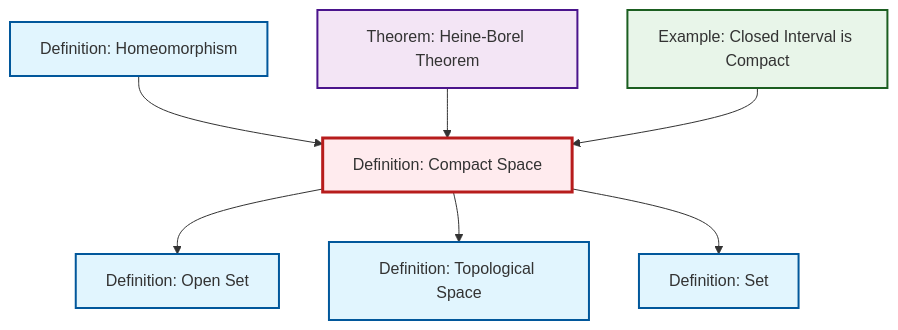
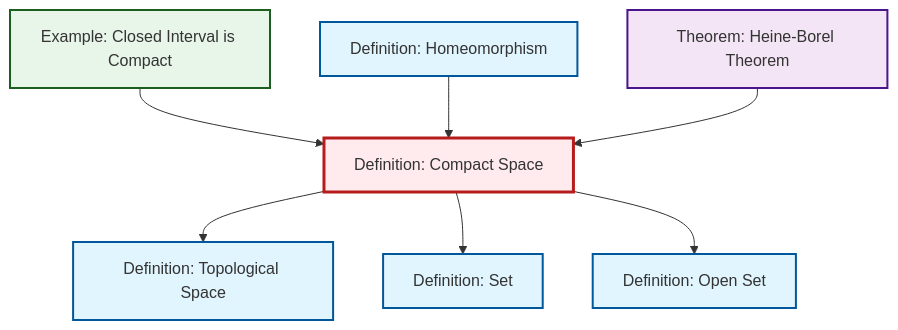
Before and after one commit to RK0429/ModernMath: the diagram in content/en/topology/def-compact.qmd, drawn with Mermaid. The commit also changed other lines of this file and 619 other files, not shown here.

````diff
--- a/content/en/topology/def-compact.qmd
+++ b/content/en/topology/def-compact.qmd
@@ -48,29 +48,29 @@
 ```{mermaid}
 %%| fig-cap: "Local dependency graph"
 graph TD
     classDef definition fill:#e1f5fe,stroke:#01579b,stroke-width:2px
     classDef theorem fill:#f3e5f5,stroke:#4a148c,stroke-width:2px
     classDef axiom fill:#fff3e0,stroke:#e65100,stroke-width:2px
     classDef example fill:#e8f5e9,stroke:#1b5e20,stroke-width:2px
     classDef current fill:#ffebee,stroke:#b71c1c,stroke-width:3px
+    ex-closed-interval-compact["Example: Closed Interval is Compact"]:::example
     def-compact["Definition: Compact Space"]:::definition
-    ex-closed-interval-compact["Example: Closed Interval is Compact"]:::example
-    thm-heine-borel["Theorem: Heine-Borel Theorem"]:::theorem
+    def-open-set["Definition: Open Set"]:::definition
     def-set["Definition: Set"]:::definition
     def-topological-space["Definition: Topological Space"]:::definition
     def-homeomorphism["Definition: Homeomorphism"]:::definition
-    def-open-set["Definition: Open Set"]:::definition
-    def-compact --> def-open-set
-    def-homeomorphism --> def-compact
+    thm-heine-borel["Theorem: Heine-Borel Theorem"]:::theorem
     def-compact --> def-topological-space
     def-compact --> def-set
+    def-compact --> def-open-set
+    ex-closed-interval-compact --> def-compact
+    def-homeomorphism --> def-compact
     thm-heine-borel --> def-compact
-    ex-closed-interval-compact --> def-compact
     class def-compact current
     click ex-closed-interval-compact "ex-closed-interval-compact.html" "Go to Closed Interval is Compact example"
-    click thm-heine-borel "thm-heine-borel.html" "Go to Heine-Borel Theorem theorem"
+    click def-open-set "def-open-set.html" "Go to Open Set definition"
     click def-set "def-set.html" "Go to Set definition"
     click def-topological-space "def-topological-space.html" "Go to Topological Space definition"
     click def-homeomorphism "def-homeomorphism.html" "Go to Homeomorphism definition"
-    click def-open-set "def-open-set.html" "Go to Open Set definition"
+    click thm-heine-borel "thm-heine-borel.html" "Go to Heine-Borel Theorem theorem"
 ```
````
